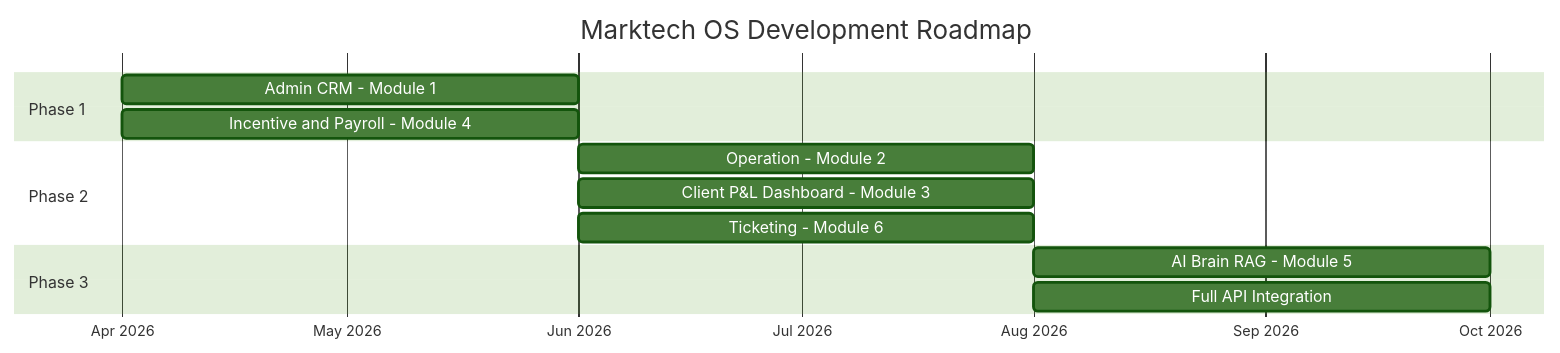
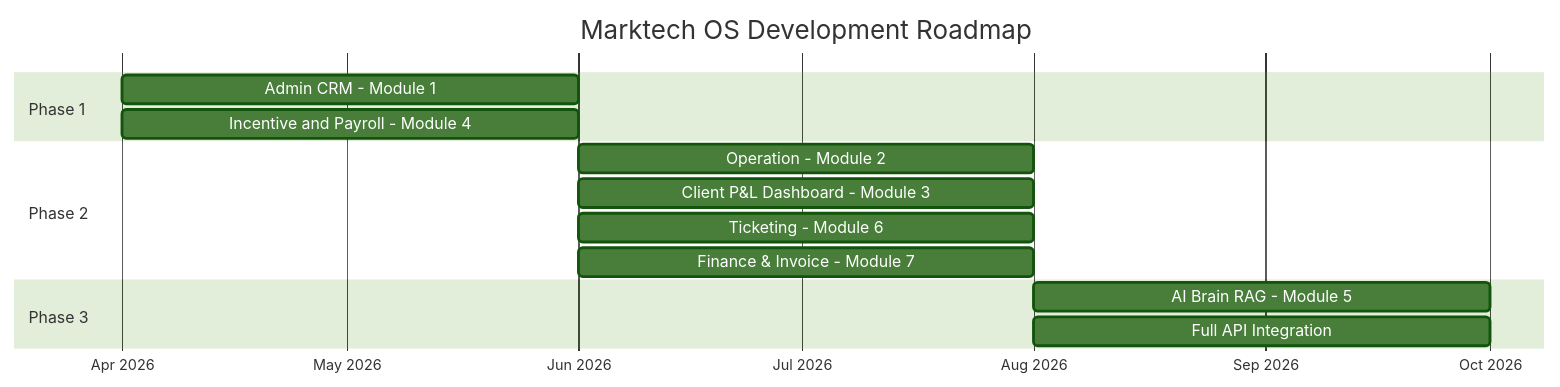
Before and after one commit to korrakottum-code/MarktechOS: the sixth of 6 diagrams in docs/PROJECT_PROPOSAL.md, drawn with Mermaid (forest theme). The commit also changed other lines of this file and 93 other files, not shown here.

````diff
--- a/docs/PROJECT_PROPOSAL.md
+++ b/docs/PROJECT_PROPOSAL.md
@@ -388,19 +501,20 @@
 ```mermaid
 gantt
     title Marktech OS Development Roadmap
     dateFormat  YYYY-MM
     axisFormat  %b %Y
 
     section Phase 1
     Admin CRM - Module 1           :a1, 2026-04, 2M
     Incentive and Payroll - Module 4 :a2, 2026-04, 2M
 
     section Phase 2
     Operation - Module 2           :b1, 2026-06, 2M
     Client P&L Dashboard - Module 3:b2, 2026-06, 2M
     Ticketing - Module 6           :b3, 2026-06, 2M
+    Finance & Invoice - Module 7   :b4, 2026-06, 2M
 
     section Phase 3
     AI Brain RAG - Module 5        :c1, 2026-08, 2M
     Full API Integration           :c2, 2026-08, 2M
 ```
````
